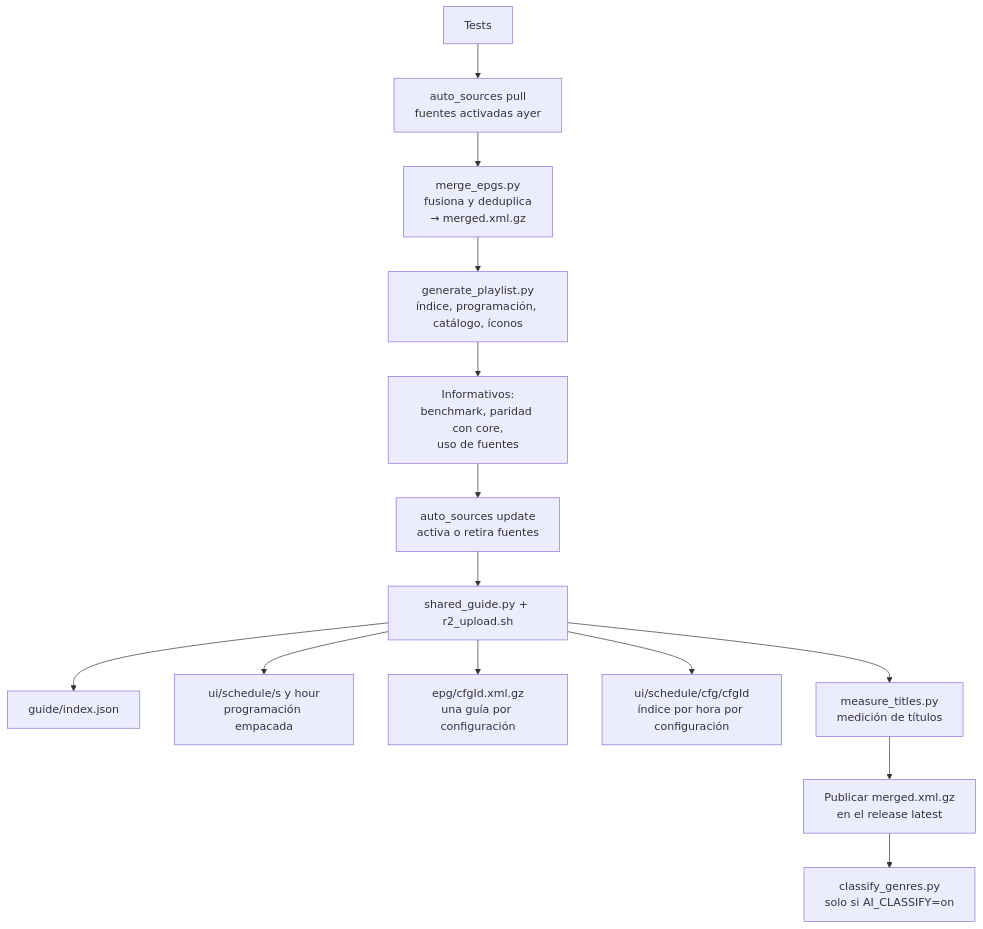
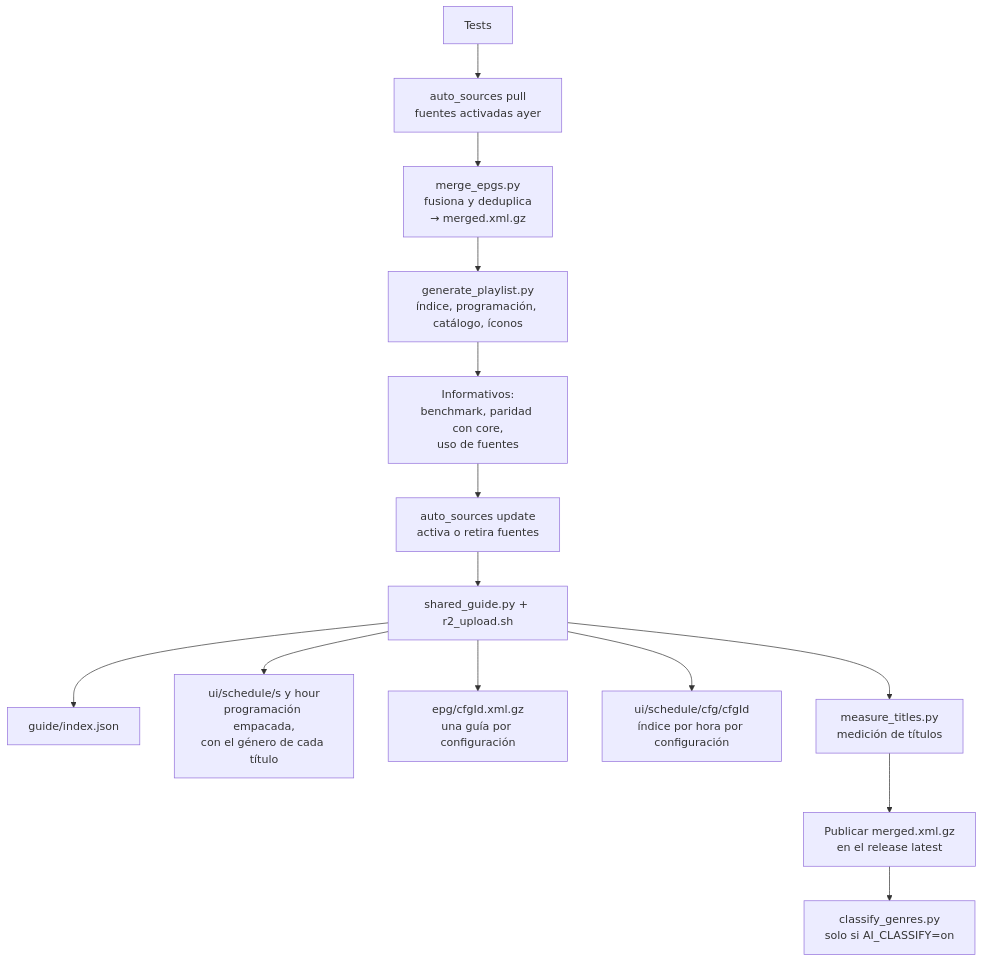
Before and after one commit to luispied/epg-merger: the second of 5 diagrams in docs/arquitectura.md, drawn with Mermaid. The commit also changed 12 other files, not shown here.

````diff
--- a/docs/arquitectura.md
+++ b/docs/arquitectura.md
@@ -73,16 +73,16 @@
 ```mermaid
 flowchart TD
   A[Tests] --> B[auto_sources pull<br/>fuentes activadas ayer]
   B --> C[merge_epgs.py<br/>fusiona y deduplica<br/>→ merged.xml.gz]
   C --> D[generate_playlist.py<br/>índice, programación, catálogo, íconos]
   D --> E[Informativos:<br/>benchmark, paridad con core,<br/>uso de fuentes]
   E --> F[auto_sources update<br/>activa o retira fuentes]
   F --> G[shared_guide.py + r2_upload.sh]
   G --> G1[guide/index.json]
-  G --> G2[ui/schedule/s y hour<br/>programación empacada]
+  G --> G2[ui/schedule/s y hour<br/>programación empacada,<br/>con el género de cada título]
   G --> G3[epg/cfgId.xml.gz<br/>una guía por configuración]
   G --> G4[ui/schedule/cfg/cfgId<br/>índice por hora por configuración]
   G --> H[measure_titles.py<br/>medición de títulos]
   H --> I[Publicar merged.xml.gz<br/>en el release latest]
   I --> J[classify_genres.py<br/>solo si AI_CLASSIFY=on]
 ```
````
